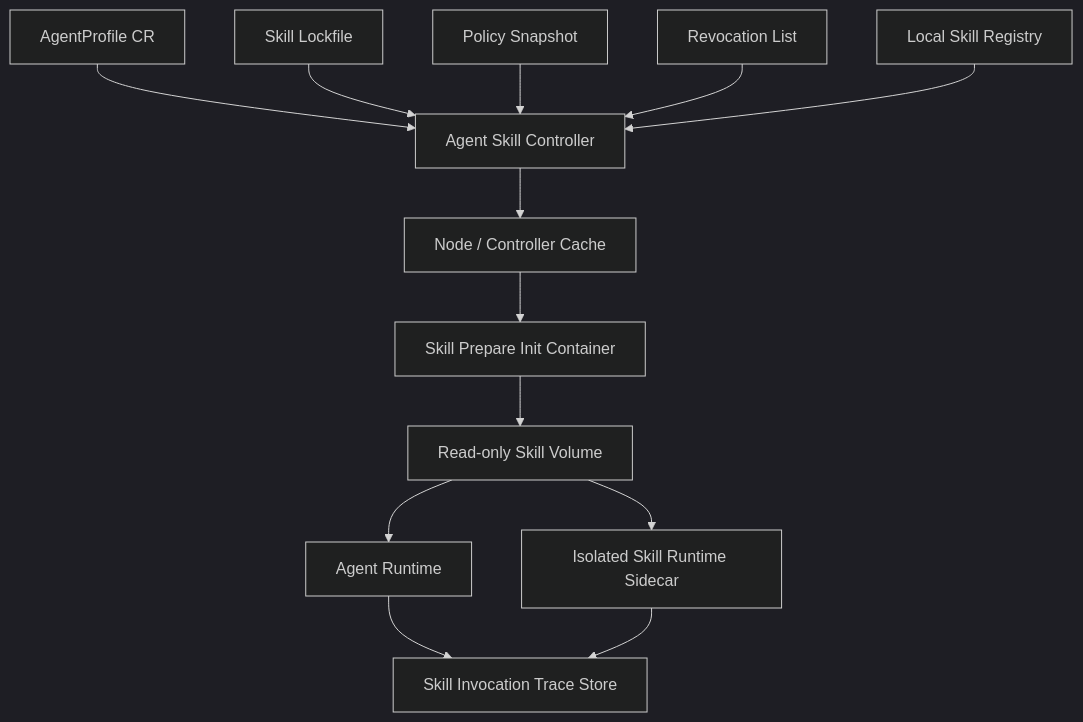
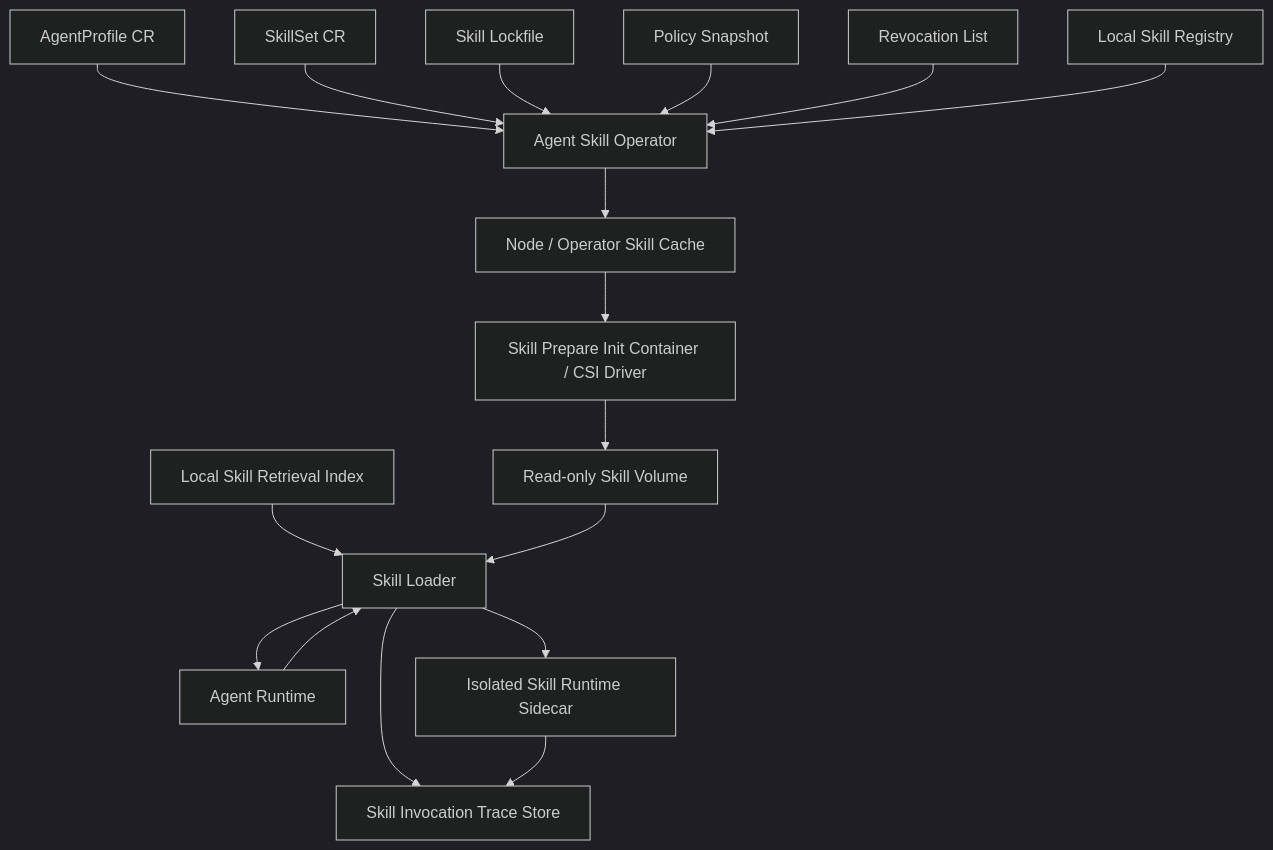
Before and after one commit to XmchxUp/agent_skill_registry: the third of 9 diagrams in docs/agent-skill-registry-design.md, drawn with Mermaid (dark theme). The commit also changed other lines of this file and 5 other files, not shown here.

````diff
--- a/docs/agent-skill-registry-design.md
+++ b/docs/agent-skill-registry-design.md
@@ -358,28 +473,35 @@
 ```mermaid
 flowchart TB
   APCR["AgentProfile CR"]
+  SSCR["SkillSet CR"]
   SL["Skill Lockfile"]
   PS["Policy Snapshot"]
   RL["Revocation List"]
   LREG["Local Skill Registry"]
-  CACHE["Node / Controller Cache"]
-  CTRL["Agent Skill Controller"]
-  INIT["Skill Prepare Init Container"]
+  CACHE["Node / Operator Skill Cache"]
+  CTRL["Agent Skill Operator"]
+  INIT["Skill Prepare Init Container / CSI Driver"]
   VOL["Read-only Skill Volume"]
+  IDX["Local Skill Retrieval Index"]
   RUNTIME["Agent Runtime"]
+  LOADER["Skill Loader"]
   SIDECAR["Isolated Skill Runtime Sidecar"]
   TRACE["Skill Invocation Trace Store"]
 
   APCR --> CTRL
+  SSCR --> CTRL
   SL --> CTRL
   PS --> CTRL
   RL --> CTRL
   LREG --> CTRL
   CTRL --> CACHE
   CACHE --> INIT
   INIT --> VOL
-  VOL --> RUNTIME
-  VOL --> SIDECAR
-  RUNTIME --> TRACE
+  IDX --> LOADER
+  VOL --> LOADER
+  RUNTIME --> LOADER
+  LOADER --> SIDECAR
+  LOADER --> RUNTIME
+  LOADER --> TRACE
   SIDECAR --> TRACE
 ```
````
